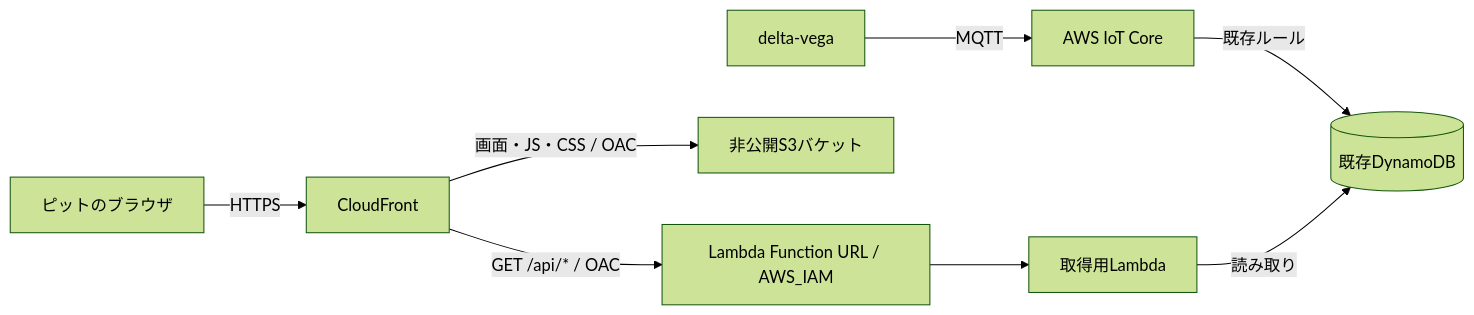
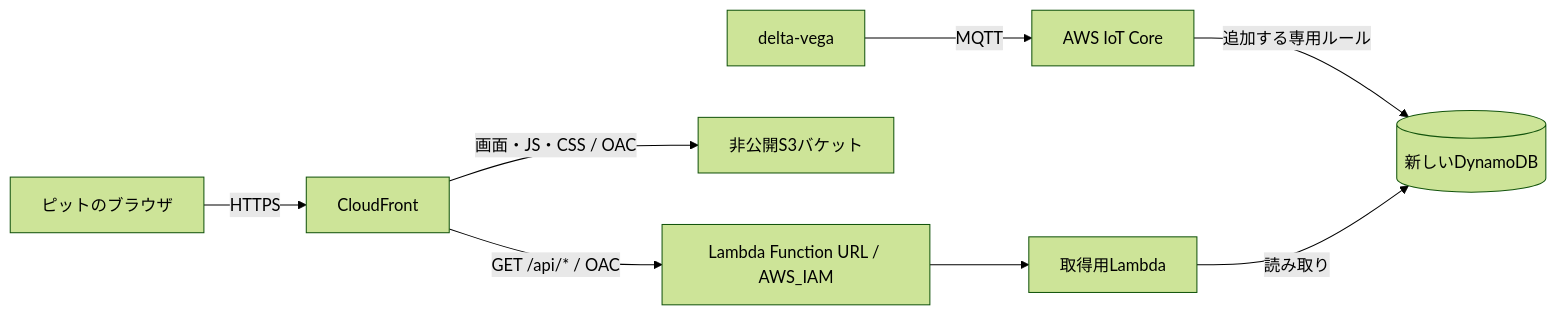
Before and after one commit to Siroyan/delta-deneb: the diagram in README.md, drawn with Mermaid (forest theme). The commit also changed other lines of this file and 26 other files, not shown here.

````diff
--- a/README.md
+++ b/README.md
@@ -83,10 +100,10 @@
 ```mermaid
 flowchart LR
     Vega[delta-vega] -->|MQTT| IoT[AWS IoT Core]
-    IoT -->|既存ルール| DB[(既存DynamoDB)]
+    IoT -->|追加する専用ルール| DB[(新しいDynamoDB)]
     Pit[ピットのブラウザ] -->|HTTPS| CF[CloudFront]
     CF -->|画面・JS・CSS / OAC| S3[非公開S3バケット]
     CF -->|GET /api/* / OAC| URL[Lambda Function URL / AWS_IAM]
     URL --> API[取得用Lambda]
     API -->|読み取り| DB
 ```
````
